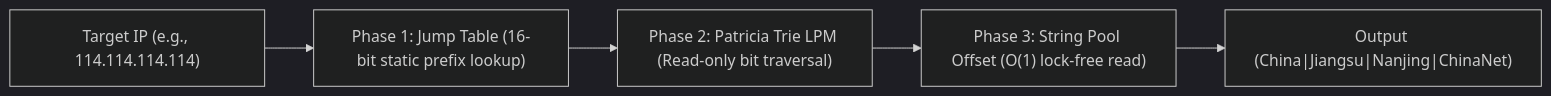
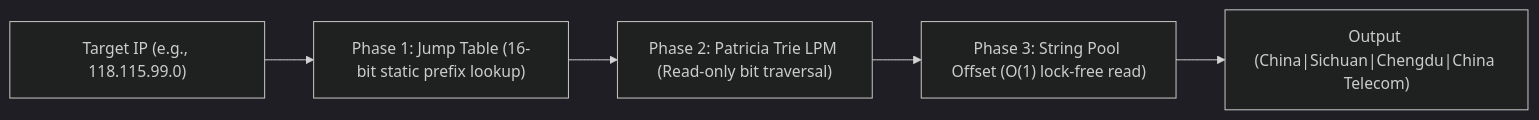
One commit to zengzhan/qqzeng-ip changed the diagram in README_EN.md. Above: the diagram before and after it, drawn with Mermaid (dark theme). The commit also changed other lines of this file and 27 other files, not shown here.

````diff
--- a/README_EN.md
+++ b/README_EN.md
@@ -301,7 +302,7 @@
 ```mermaid
 flowchart LR
-    A["Target IP (e.g., 114.114.114.114)"] --> B["Phase 1: Jump Table (16-bit static prefix lookup)"]
+    A["Target IP (e.g., 118.115.99.0)"] --> B["Phase 1: Jump Table (16-bit static prefix lookup)"]
     B --> C["Phase 2: Patricia Trie LPM (Read-only bit traversal)"]
     C --> D["Phase 3: String Pool Offset (O(1) lock-free read)"]
-    D --> E["Output (China|Jiangsu|Nanjing|ChinaNet)"]
+    D --> E["Output (China|Sichuan|Chengdu|China Telecom)"]
 ```
````
